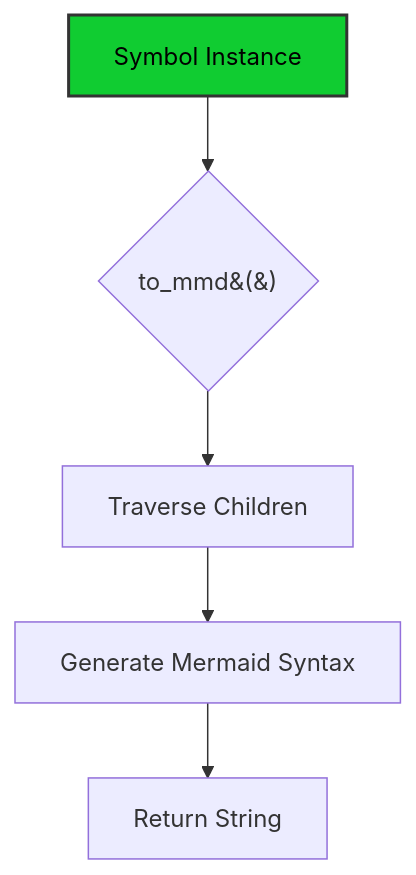
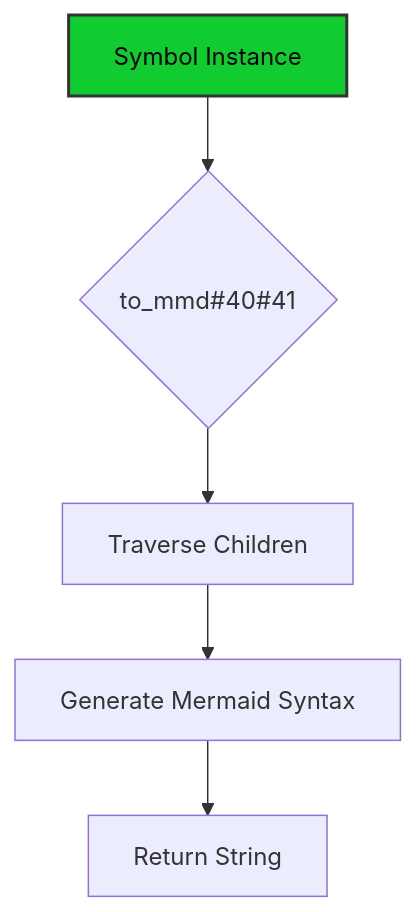
The sixth of 13 diagrams in docs/readme_details/8_api_highlights/index.md (ikko/sym), drawn with Mermaid before and after one commit. The commit also changed other lines of this file and 38 other files, not shown here.

Commit message:
mermaids maybe fixed

````diff
--- a/docs/readme_details/8_api_highlights/index.md
+++ b/docs/readme_details/8_api_highlights/index.md
@@ -252,11 +252,11 @@
 ```mermaid
 graph TD
-    A[Symbol Instance] --> B{to_mmd&#40;&#41;};
+    A[Symbol Instance] --> B{to_mmd#40#41};
     B --> C[Traverse Children];;
     C --> D[Generate Mermaid Syntax];
     D --> E[Return String];
 
     style A fill:#10cc31,stroke:#333,stroke-width:2px,color:#000000;
 
     style A fill:#10cc31,stroke:#333,stroke-width:2px,color:#000000;
 ```
````
